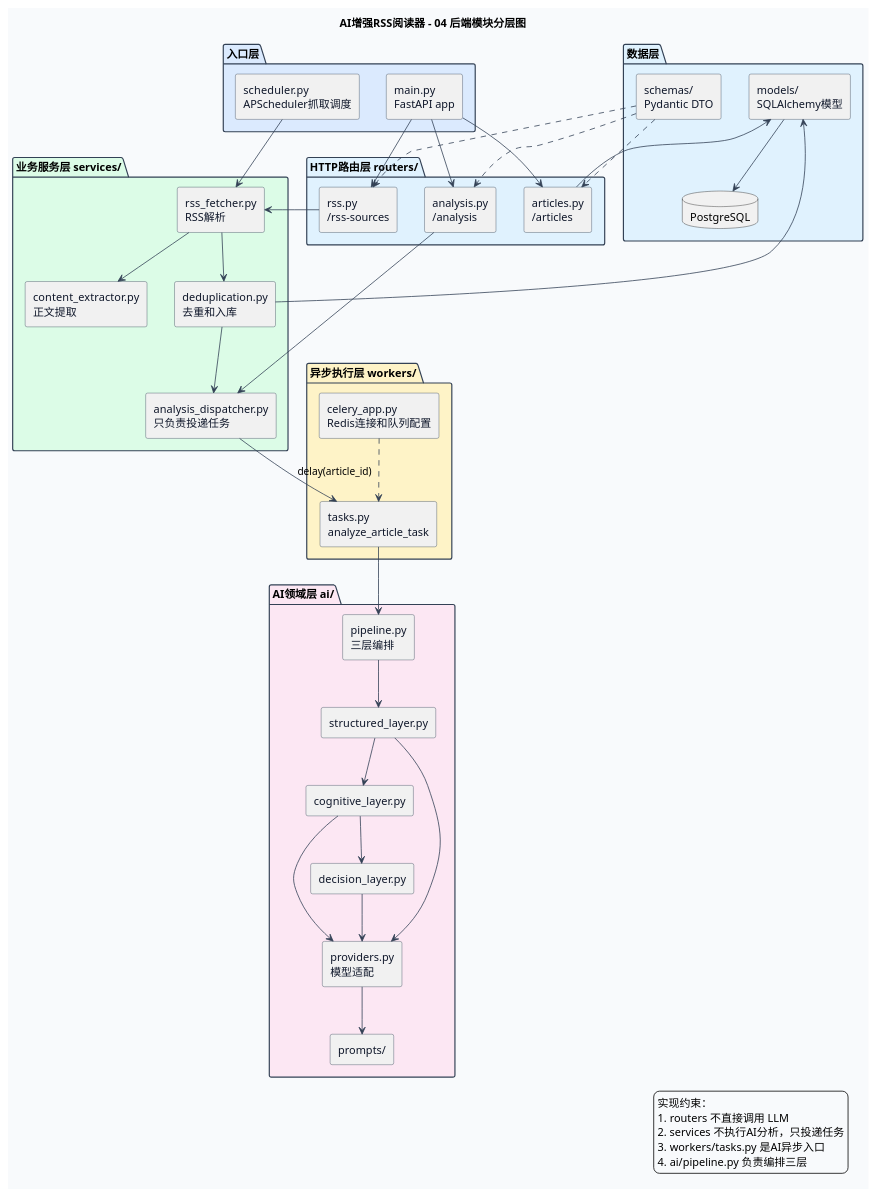
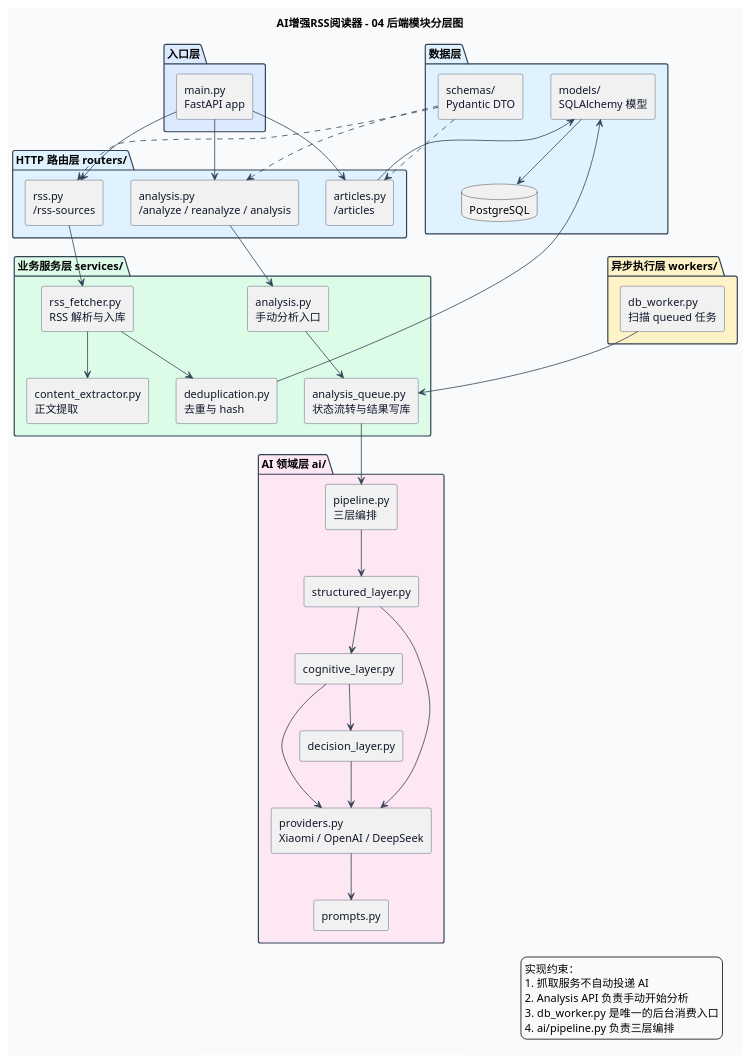
The fourth of 8 diagrams in RSS项目/系统.puml (ltm84532430-max/RSS), drawn with PlantUML before and after one commit. The commit also changed other lines of this file and 2 other files, not shown here.

Commit message:
Update UML for manual analysis flow and fix frontend nested button bug

```diff
--- a/RSS项目/系统.puml
+++ b/RSS项目/系统.puml
@@ -189,87 +187,84 @@
 @startuml AI_RSS_04_Backend_Modules
 title AI增强RSS阅读器 - 04 后端模块分层图
 
 top to bottom direction
 skinparam backgroundColor #F8FAFC
 skinparam shadowing false
 skinparam componentStyle rectangle
 skinparam defaultFontName Microsoft YaHei
 skinparam ArrowColor #334155
 skinparam PackageBorderColor #334155
 skinparam PackageBackgroundColor #FFFFFF
 skinparam ComponentBorderColor #334155
 skinparam ComponentFontColor #0F172A
 
 package "入口层" #DBEAFE {
   component "main.py\nFastAPI app" as Main
-  component "scheduler.py\nAPScheduler抓取调度" as Scheduler
 }
 
-package "HTTP路由层 routers/" #E0F2FE {
+package "HTTP 路由层 routers/" #E0F2FE {
   component "rss.py\n/rss-sources" as RssRouter
   component "articles.py\n/articles" as ArticleRouter
-  component "analysis.py\n/analysis" as AnalysisRouter
+  component "analysis.py\n/analyze / reanalyze / analysis" as AnalysisRouter
 }
 
 package "业务服务层 services/" #DCFCE7 {
-  component "rss_fetcher.py\nRSS解析" as Fetcher
+  component "rss_fetcher.py\nRSS 解析与入库" as Fetcher
   component "content_extractor.py\n正文提取" as Extractor
-  component "deduplication.py\n去重和入库" as Dedup
-  component "analysis_dispatcher.py\n只负责投递任务" as Dispatcher
+  component "deduplication.py\n去重与 hash" as Dedup
+  component "analysis.py\n手动分析入口" as AnalysisService
+  component "analysis_queue.py\n状态流转与结果写库" as AnalysisQueue
 }
 
 package "异步执行层 workers/" #FEF3C7 {
-  component "celery_app.py\nRedis连接和队列配置" as CeleryApp
-  component "tasks.py\nanalyze_article_task" as Tasks
+  component "db_worker.py\n扫描 queued 任务" as DBWorker
 }
 
-package "AI领域层 ai/" #FCE7F3 {
+package "AI 领域层 ai/" #FCE7F3 {
   component "pipeline.py\n三层编排" as Pipeline
   component "structured_layer.py" as Structured
   component "cognitive_layer.py" as Cognitive
   component "decision_layer.py" as Decision
-  component "providers.py\n模型适配" as Providers
-  component "prompts/" as Prompts
+  component "providers.py\nXiaomi / OpenAI / DeepSeek" as Providers
+  component "prompts.py" as Prompts
 }
 
 package "数据层" #E0F2FE {
-  component "models/\nSQLAlchemy模型" as Models
+  component "models/\nSQLAlchemy 模型" as Models
   component "schemas/\nPydantic DTO" as Schemas
   database "PostgreSQL" as DB
 }
 
 Main --> RssRouter
 Main --> ArticleRouter
 Main --> AnalysisRouter
-Scheduler --> Fetcher
 RssRouter --> Fetcher
 ArticleRouter --> Models
-AnalysisRouter --> Dispatcher
+AnalysisRouter --> AnalysisService
 Fetcher --> Extractor
 Fetcher --> Dedup
 Dedup --> Models
-Dedup --> Dispatcher
-Dispatcher --> Tasks : delay(article_id)
-Tasks --> Pipeline
+AnalysisService --> AnalysisQueue
+DBWorker --> AnalysisQueue
+AnalysisQueue --> Pipeline
 Pipeline --> Structured
 Structured --> Cognitive
 Cognitive --> Decision
 Structured --> Providers
 Cognitive --> Providers
 Decision --> Providers
 Providers --> Prompts
 Models --> DB
 Schemas ..> RssRouter
 Schemas ..> ArticleRouter
 Schemas ..> AnalysisRouter
-CeleryApp ..> Tasks
 
 legend right
 实现约束：
-1. routers 不直接调用 LLM
-2. services 不执行AI分析，只投递任务
-3. workers/tasks.py 是AI异步入口
-4. ai/pipeline.py 负责编排三层
+1. 抓取服务不自动投递 AI
+2. Analysis API 负责手动开始分析
+3. db_worker.py 是唯一的后台消费入口
+4. ai/pipeline.py 负责三层编排
 endlegend
 
 @enduml
```
